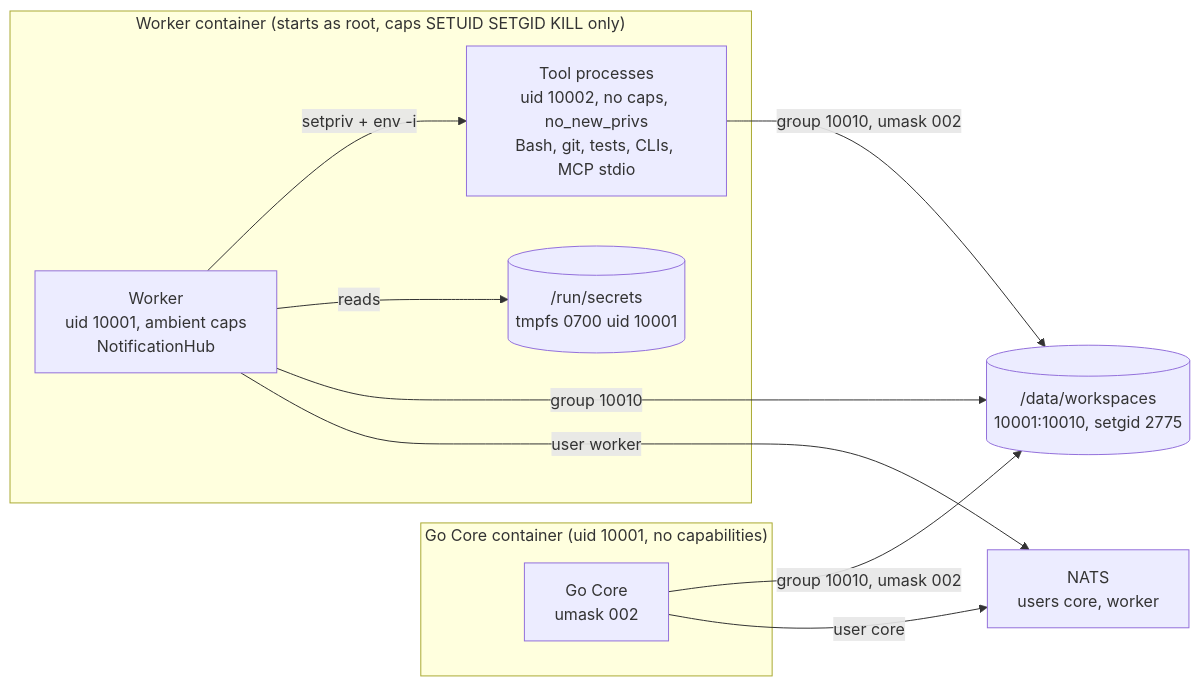
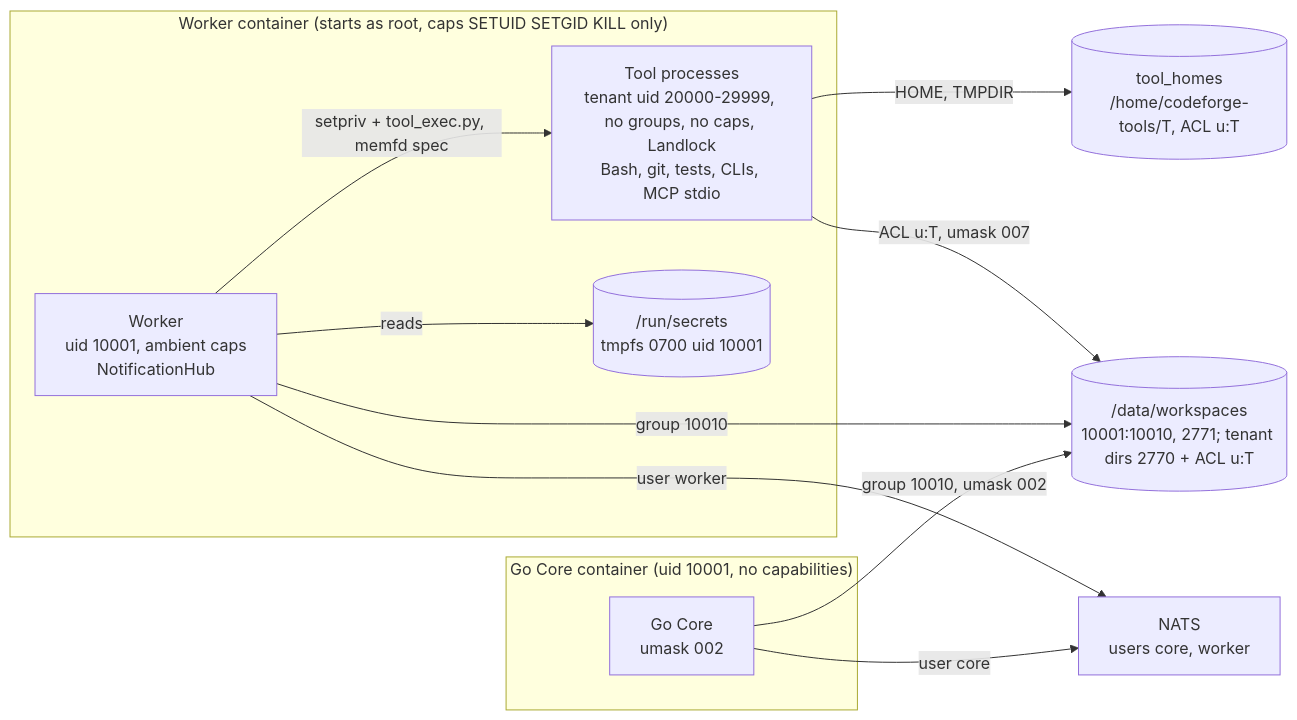
The sixth of 26 diagrams in docs/architecture.md (Strob0t/CodeForge), drawn with Mermaid before and after one commit. The commit also changed other lines of this file and 15 other files, not shown here.

First line of the commit message:
docs: S7-H per-tenant tool UIDs, ACLs and Landlock (KI-96, ADR-018)

````diff
--- a/docs/architecture.md
+++ b/docs/architecture.md
@@ -372,20 +372,22 @@
 ```mermaid
 flowchart LR
     subgraph core_c["Go Core container (uid 10001, no capabilities)"]
         core["Go Core<br/>umask 002"]
     end
     subgraph worker_c["Worker container (starts as root, caps SETUID SETGID KILL only)"]
         worker["Worker<br/>uid 10001, ambient caps<br/>NotificationHub"]
-        tools["Tool processes<br/>uid 10002, no caps, no_new_privs<br/>Bash, git, tests, CLIs, MCP stdio"]
+        tools["Tool processes<br/>tenant uid 20000-29999, no groups, no caps, Landlock<br/>Bash, git, tests, CLIs, MCP stdio"]
         secrets[("/run/secrets<br/>tmpfs 0700 uid 10001")]
     end
-    ws[("/data/workspaces<br/>10001:10010, setgid 2775")]
+    ws[("/data/workspaces<br/>10001:10010, 2771; tenant dirs 2770 + ACL u:T")]
+    homes[("tool_homes<br/>/home/codeforge-tools/T, ACL u:T")]
     nats["NATS<br/>users core, worker"]
-    worker -- "setpriv + env -i" --> tools
+    worker -- "setpriv + tool_exec.py, memfd spec" --> tools
     worker -- "reads" --> secrets
     core -- "group 10010, umask 002" --> ws
     worker -- "group 10010" --> ws
-    tools -- "group 10010, umask 002" --> ws
+    tools -- "ACL u:T, umask 007" --> ws
+    tools -- "HOME, TMPDIR" --> homes
     core -- "user core" --> nats
     worker -- "user worker" --> nats
 ```
````
